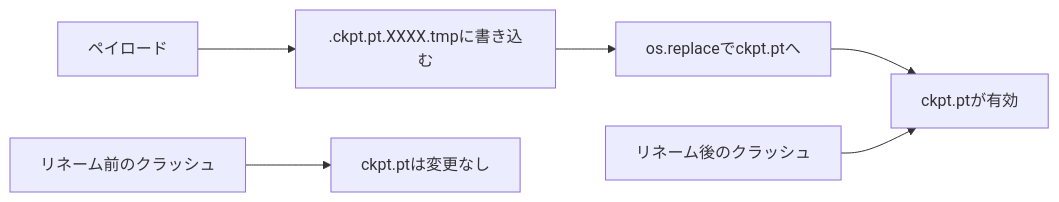
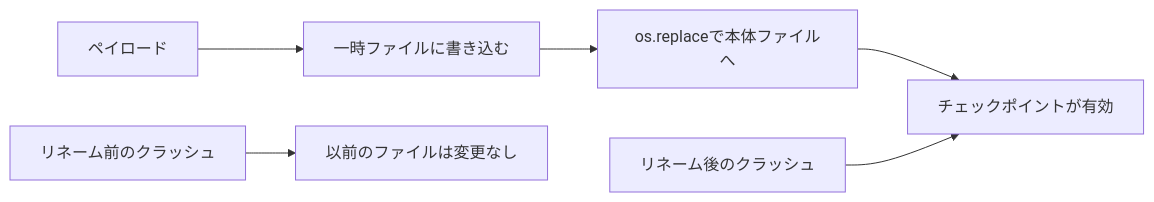
One commit to shoshoshomen/synapse-academy changed the second of 3 diagrams in content/phases/19-capstone-projects/47-checkpoint-save-resume/lesson.ja.md. Above: the diagram before and after it, drawn with Mermaid. The commit also changed other lines of this file and 124 other files, not shown here.

First line of the commit message:
feat(i18n): mermaid図のラベルを日本語化(194レッスン/374図)

````diff
--- a/content/phases/19-capstone-projects/47-checkpoint-save-resume/lesson.ja.md
+++ b/content/phases/19-capstone-projects/47-checkpoint-save-resume/lesson.ja.md
@@ -46,8 +46,8 @@
 ```mermaid
 flowchart LR
-  payload[ペイロード] --> tmpf[.ckpt.pt.XXXX.tmpに書き込む]
-  tmpf --> rename[os.replaceでckpt.ptへ]
-  rename --> done[ckpt.ptが有効]
-  crash1[リネーム前のクラッシュ] --> orig[ckpt.ptは変更なし]
-  crash2[リネーム後のクラッシュ] --> done
+  payload["ペイロード"] --> tmpf["一時ファイルに書き込む"]
+  tmpf --> rename["os.replaceで本体ファイルへ"]
+  rename --> done["チェックポイントが有効"]
+  crash1["リネーム前のクラッシュ"] --> orig["以前のファイルは変更なし"]
+  crash2["リネーム後のクラッシュ"] --> done
 ```
````
